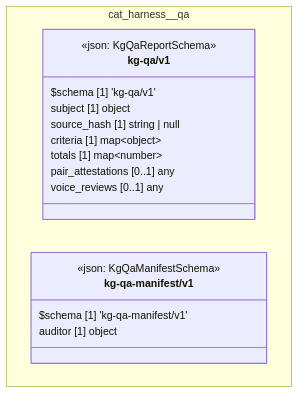
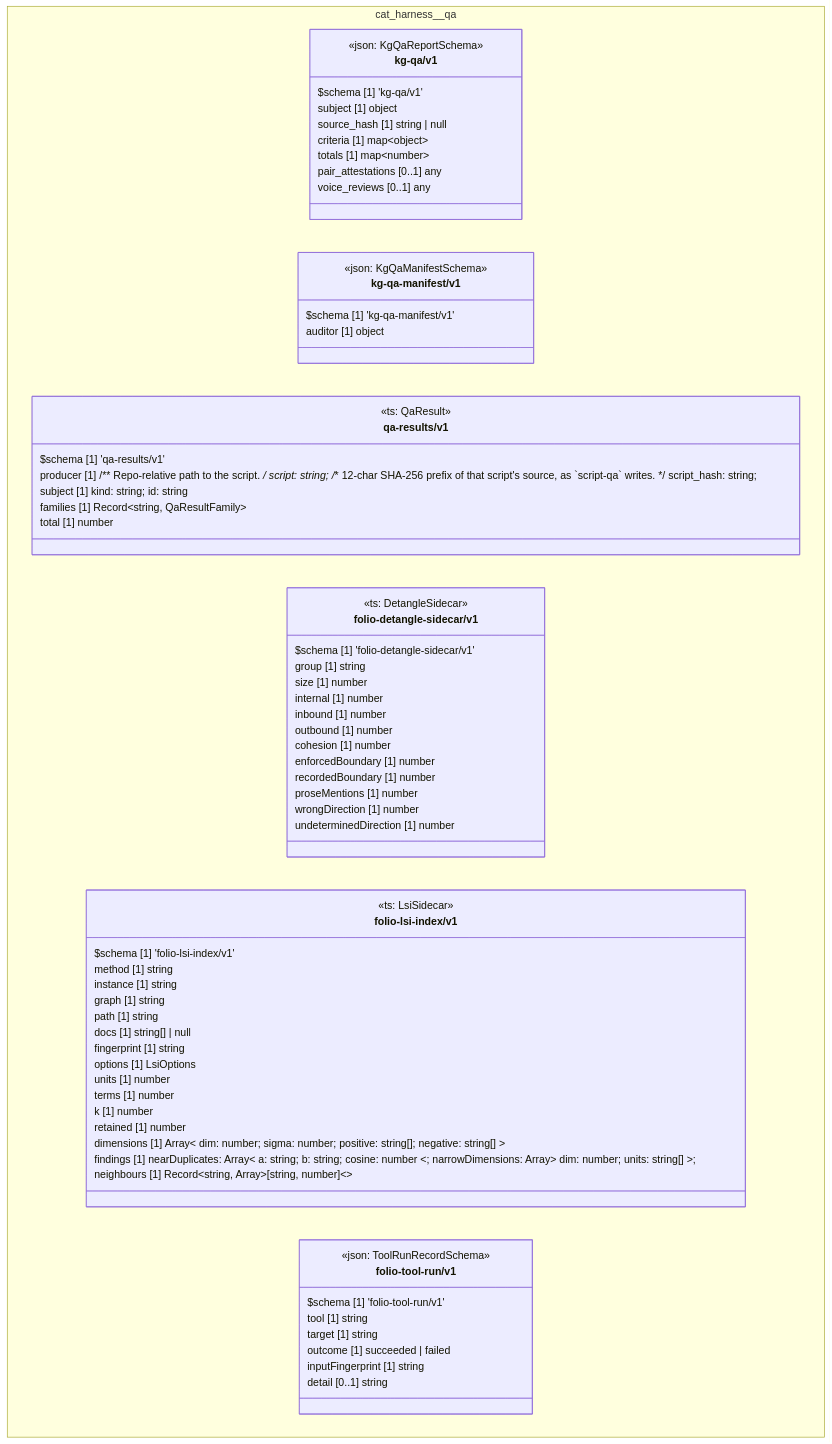
Before and after one commit to litlfred/folio-assistant: the diagram in cat-harness/docs/uml/overview/cat-harness/qa.md, drawn with Mermaid. The commit also changed other lines of this file and 9 other files, not shown here.

First line of the commit message:
regen: uml overview at the skill:register fixed point (cat-harness qa package)

````diff
--- a/cat-harness/docs/uml/overview/cat-harness/qa.md
+++ b/cat-harness/docs/uml/overview/cat-harness/qa.md
@@ -42,23 +42,77 @@
 ```mermaid
 classDiagram
   direction TB
   namespace cat_harness__qa {
     class cat_harness_qa_kg_qa_v1_kg_qa_v1["kg-qa/v1"] {
       <<json: KgQaReportSchema>>
       $schema [1] 'kg-qa/v1'
       subject [1] object
       source_hash [1] string | null
       criteria [1] map~object~
       totals [1] map~number~
       pair_attestations [0..1] any
       voice_reviews [0..1] any
     }
     class cat_harness_qa_kg_qa_manifest_v1_kg_qa_manifest_v1["kg-qa-manifest/v1"] {
       <<json: KgQaManifestSchema>>
       $schema [1] 'kg-qa-manifest/v1'
       auditor [1] object
     }
+    class cat_harness_qa_qa_results_v1["qa-results/v1"] {
+      <<ts: QaResult>>
+      $schema [1] 'qa-results/v1'
+      producer [1]  /** Repo-relative path to the script. */ script: string; /** 12-char SHA-256 prefix of that script's source, as `script-qa` writes. */ script_hash: string; 
+      subject [1]  kind: string; id: string 
+      families [1] Record~string, QaResultFamily~
+      total [1] number
+    }
+    class cat_harness_qa_folio_detangle_sidecar_v1["folio-detangle-sidecar/v1"] {
+      <<ts: DetangleSidecar>>
+      $schema [1] 'folio-detangle-sidecar/v1'
+      group [1] string
+      size [1] number
+      internal [1] number
+      inbound [1] number
+      outbound [1] number
+      cohesion [1] number
+      enforcedBoundary [1] number
+      recordedBoundary [1] number
+      proseMentions [1] number
+      wrongDirection [1] number
+      undeterminedDirection [1] number
+    }
+    class cat_harness_qa_folio_lsi_index_v1["folio-lsi-index/v1"] {
+      <<ts: LsiSidecar>>
+      $schema [1] 'folio-lsi-index/v1'
+      method [1] string
+      instance [1] string
+      graph [1] string
+      path [1] string
+      docs [1] string[] | null
+      fingerprint [1] string
+      options [1] LsiOptions
+      units [1] number
+      terms [1] number
+      k [1] number
+      retained [1] number
+      dimensions [1] Array~ dim: number; sigma: number; positive: string[]; negative: string[] ~
+      findings [1]  nearDuplicates: Array~ a: string; b: string; cosine: number ~; narrowDimensions: Array~ dim: number; units: string[] ~; 
+      neighbours [1] Record~string, Array~[string, number]~~
+    }
+    class cat_harness_qa_folio_tool_run_v1_folio_tool_run_v1["folio-tool-run/v1"] {
+      <<json: ToolRunRecordSchema>>
+      $schema [1] 'folio-tool-run/v1'
+      tool [1] string
+      target [1] string
+      outcome [1] succeeded | failed
+      inputFingerprint [1] string
+      detail [0..1] string
+    }
   }
   cssClass "cat_harness_qa_kg_qa_v1_kg_qa_v1" fa_uml_kind_qa
   cssClass "cat_harness_qa_kg_qa_manifest_v1_kg_qa_manifest_v1" fa_uml_kind_qa
+  cssClass "cat_harness_qa_qa_results_v1" fa_uml_kind_qa
+  cssClass "cat_harness_qa_folio_detangle_sidecar_v1" fa_uml_kind_qa
+  cssClass "cat_harness_qa_folio_lsi_index_v1" fa_uml_kind_qa
+  cssClass "cat_harness_qa_folio_tool_run_v1_folio_tool_run_v1" fa_uml_kind_qa
 ```
````
